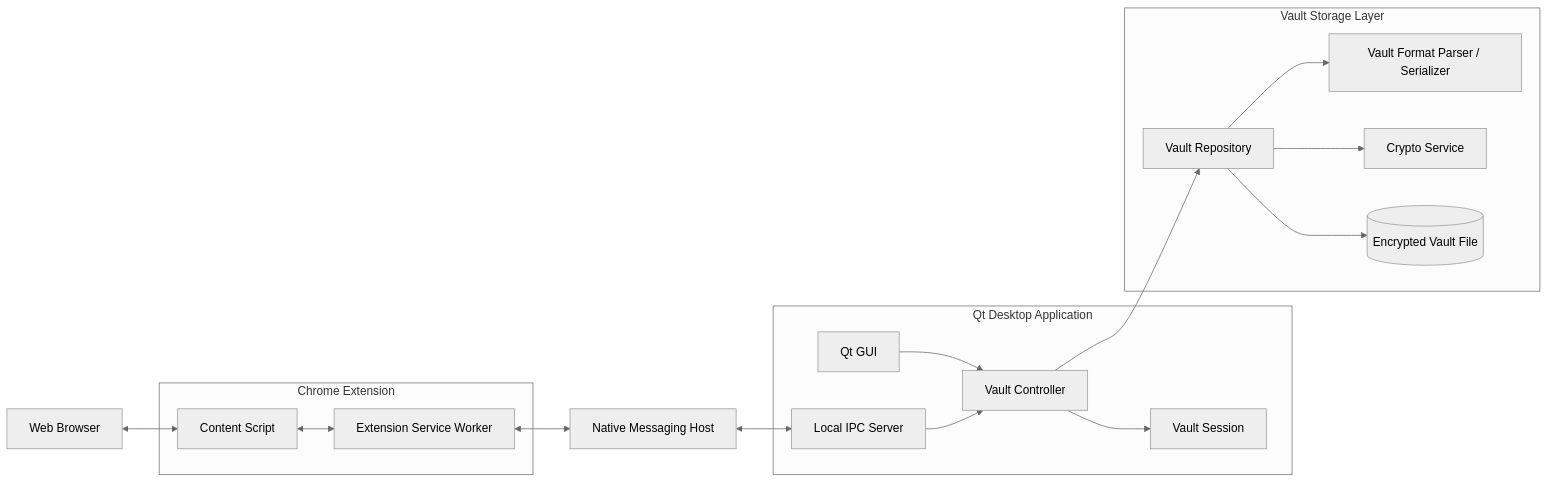
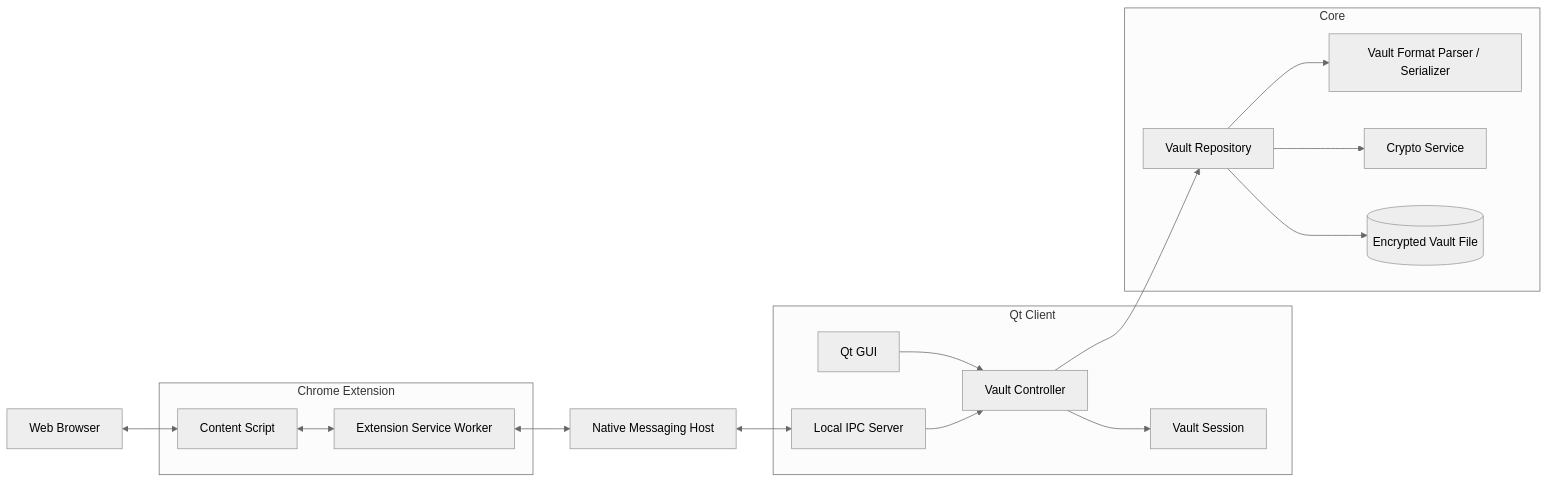
One commit to Keypr-org/docs changed the first of 2 diagrams in specification.md. Above: the diagram before and after it, drawn with Mermaid (neutral theme).

Commit message:
Update component names on software architecture diagram

````diff
--- a/specification.md
+++ b/specification.md
@@ -70,40 +70,40 @@
 ```mermaid
 flowchart LR
     Browser["Web Browser"]
 
     subgraph Extension["Chrome Extension"]
         ContentScript["Content Script"]
         ServiceWorker["Extension Service Worker"]
     end
 
 
     NativeHost["Native Messaging Host"]
 
-    subgraph Desktop["Qt Desktop Application"]
+    subgraph Desktop["Qt Client"]
         GUI["Qt GUI"]
         Controller["Vault Controller"]
         Session["Vault Session"]
         IPC["Local IPC Server"]
     end
 
-    subgraph Storage["Vault Storage Layer"]
+    subgraph Storage["Core"]
         Repository["Vault Repository"]
         Format["Vault Format Parser / Serializer"]
         Crypto["Crypto Service"]
         VaultFile[("Encrypted Vault File")]
     end
 
     Browser <--> ContentScript
     ContentScript <--> ServiceWorker
     ServiceWorker <--> NativeHost
     NativeHost <--> IPC
 
     GUI --> Controller
     IPC --> Controller
     Controller --> Session
     Controller --> Repository
 
     Repository --> Format
     Repository --> Crypto
     Repository --> VaultFile
 ```
````
